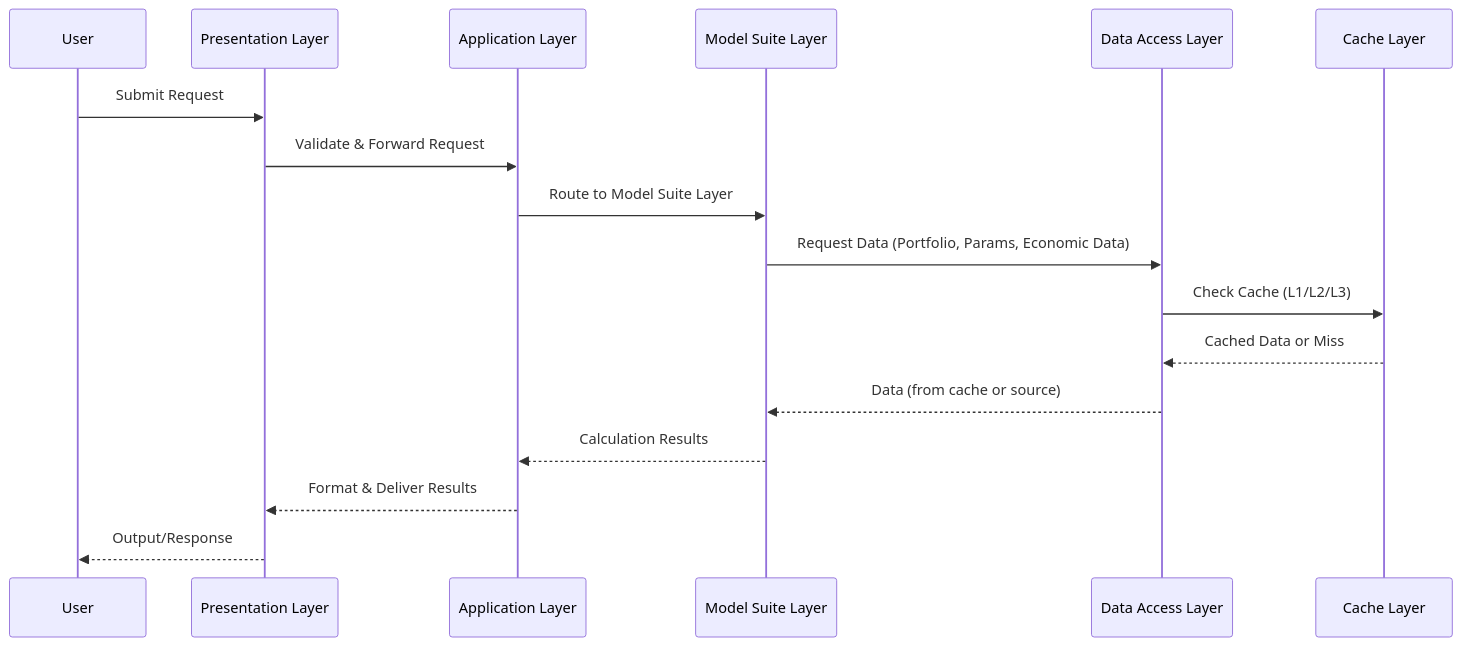
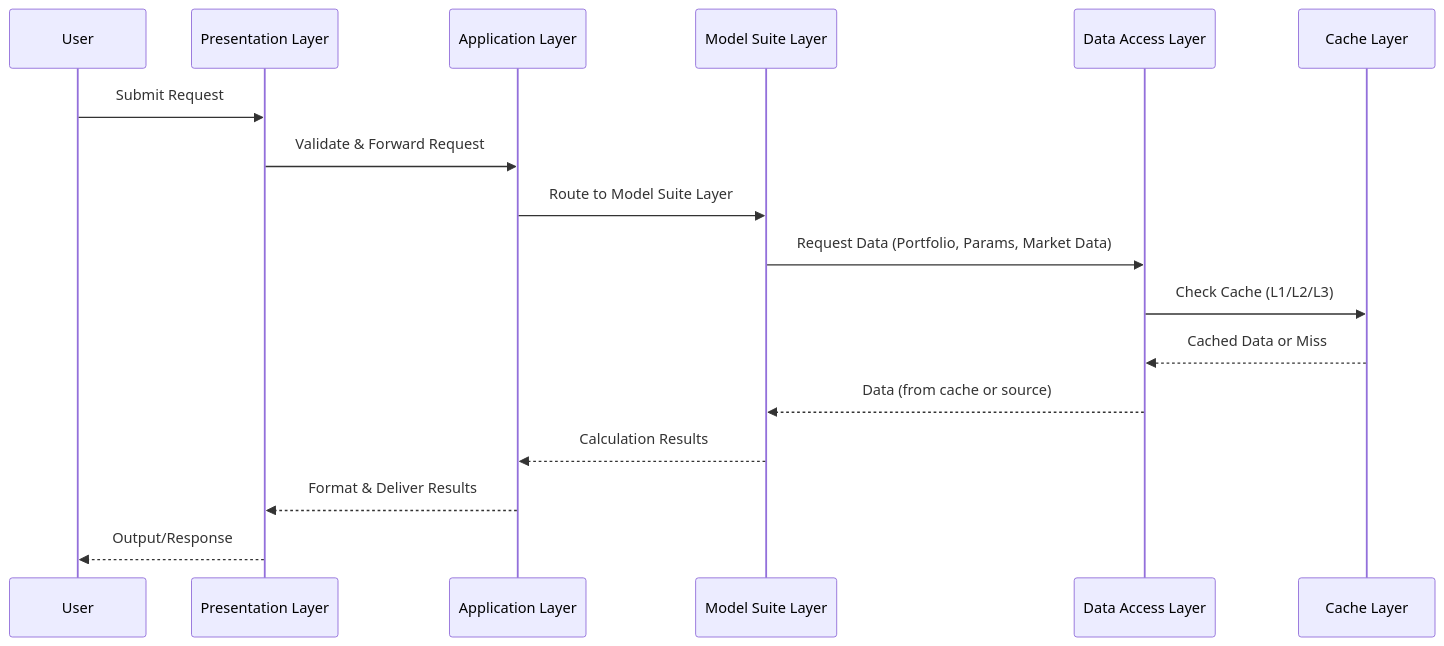
One commit to XudongSunSF/mbsval changed the diagram in design_1102.md. Above: the diagram before and after it, drawn with Mermaid. The commit also changed other lines of this file, not shown here.

First line of the commit message:
Refine data requests and document SuiteExecutor interface

````diff
--- a/design_1102.md
+++ b/design_1102.md
@@ -121,20 +121,20 @@
 ```mermaid
 sequenceDiagram
     participant U as User
     participant P as Presentation Layer
     participant A as Application Layer
     participant M as Model Suite Layer
     participant D as Data Access Layer
     participant C as Cache Layer
 
     U->>P: Submit Request
     P->>A: Validate & Forward Request
     A->>M: Route to Model Suite Layer
-    M->>D: Request Data (Portfolio, Params, Economic Data)
+    M->>D: Request Data (Portfolio, Params, Market Data)
     D->>C: Check Cache (L1/L2/L3)
     C-->>D: Cached Data or Miss
     D-->>M: Data (from cache or source)
     M-->>A: Calculation Results
     A-->>P: Format & Deliver Results
     P-->>U: Output/Response
 ```
````
